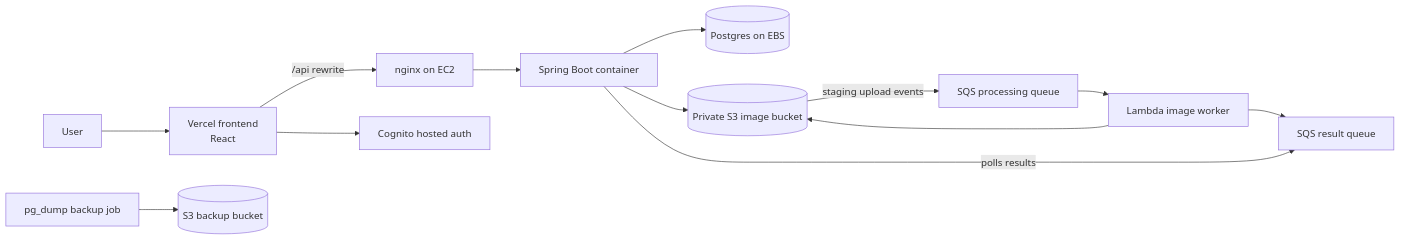
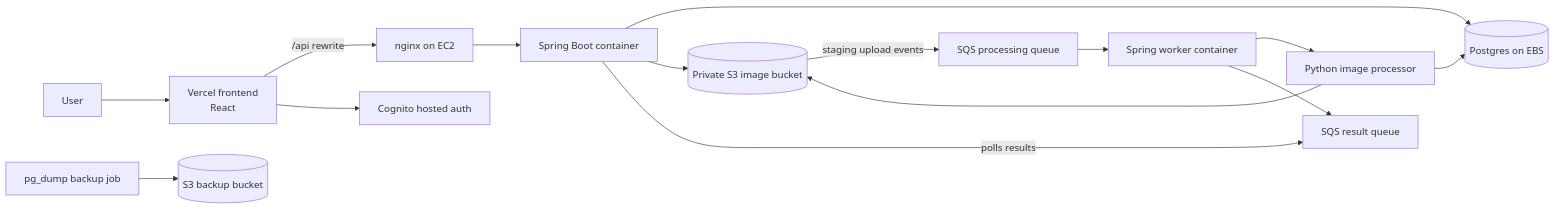
The diagram in README.md (ssu526/closethop), drawn with Mermaid before and after one commit. The commit also changed other lines of this file and 127 other files, not shown here.

Commit message:
Replace Lambda image processing with Spring worker

````diff
--- a/README.md
+++ b/README.md
@@ -12,15 +12,17 @@
 ```mermaid
 flowchart LR
   U[User] --> V[Vercel frontend<br/>React]
   V -->|/api rewrite| N[nginx on EC2]
   N --> B[Spring Boot container]
   B --> P[(Postgres on EBS)]
   B --> S3[(Private S3 image bucket)]
   S3 -->|staging upload events| Q[SQS processing queue]
-  Q --> L[Lambda image worker]
-  L --> S3
-  L --> R[SQS result queue]
+  Q --> W[Spring worker container]
+  W --> H[Python image processor]
+  H --> S3
+  H --> P
+  W --> R[SQS result queue]
   B -->|polls results| R
   BK[pg_dump backup job] --> BS3[(S3 backup bucket)]
   V --> C[Cognito hosted auth]
 ```
````
